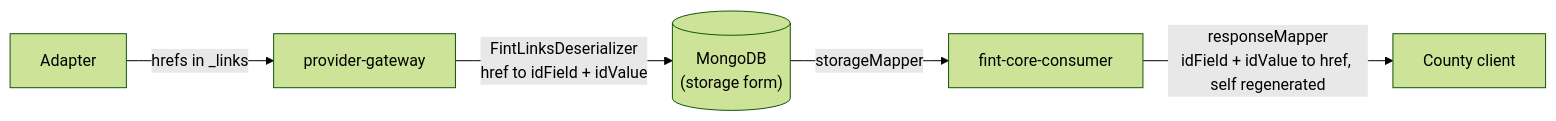
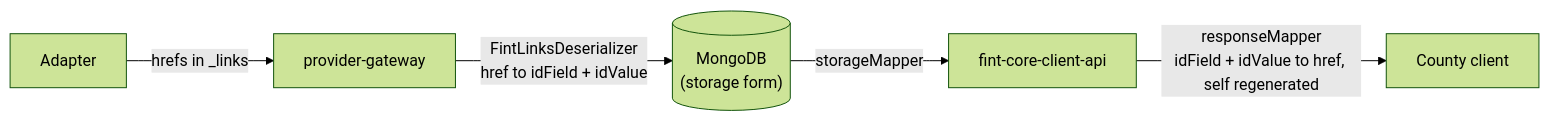
Before and after one commit to FINTLabs/fint-core: the first of 2 diagrams in fint-core-shared/README.md, drawn with Mermaid (forest theme). The commit also changed 137 other files, not shown here.

Commit message:
chore: change fint-core-consumer to fint-core-client-api

````diff
--- a/fint-core-shared/README.md
+++ b/fint-core-shared/README.md
@@ -55,7 +55,7 @@
 ```mermaid
 flowchart LR
     A[Adapter] -- "hrefs in _links" --> P[provider-gateway]
     P -- "FintLinksDeserializer<br/>href to idField + idValue" --> M[("MongoDB<br/>(storage form)")]
-    M -- "storageMapper" --> C[fint-core-consumer]
+    M -- "storageMapper" --> C[fint-core-client-api]
     C -- "responseMapper<br/>idField + idValue to href, self regenerated" --> K[County client]
 ```
````
